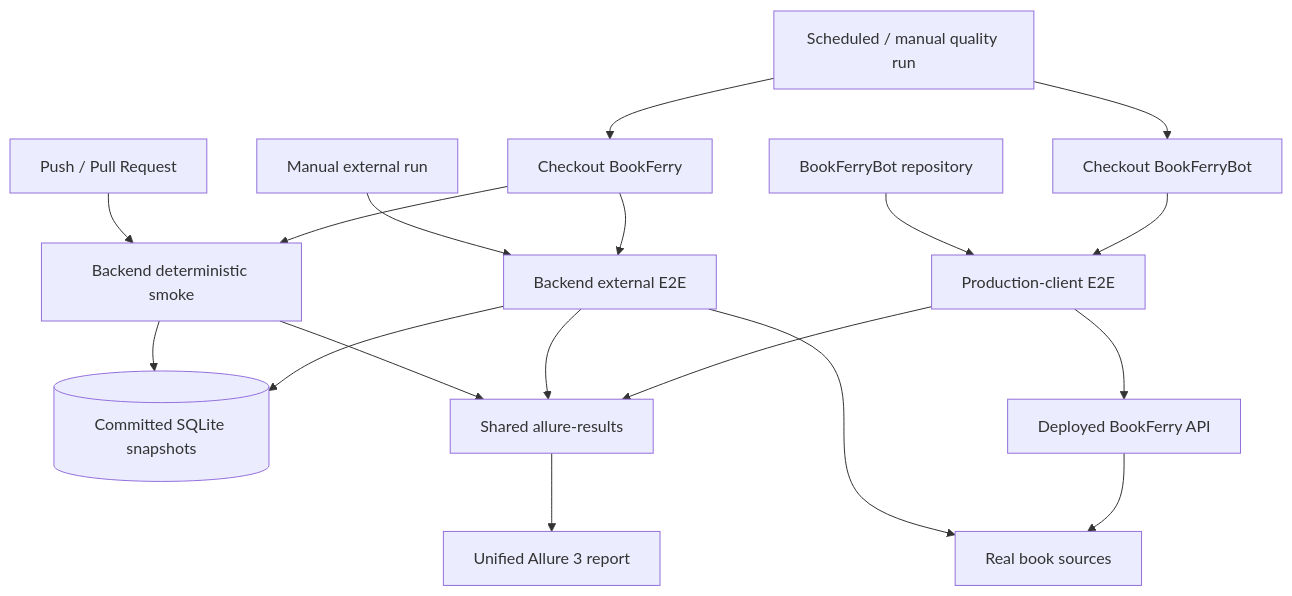
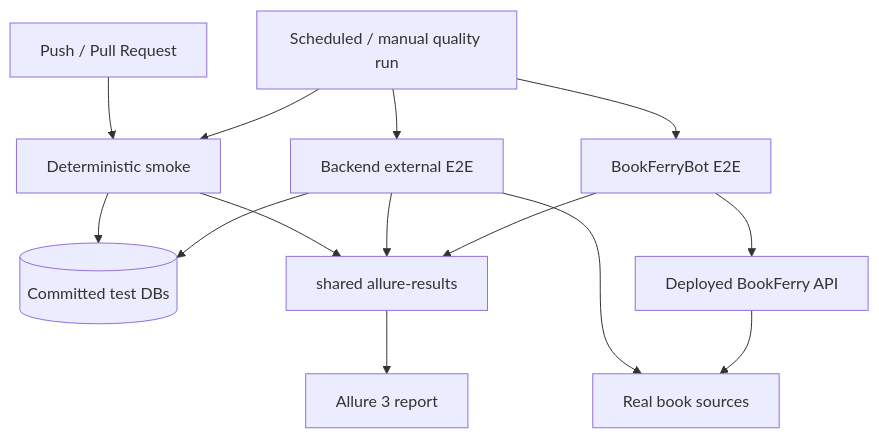
Before and after one commit to TerentievKirill/BookFerry: the diagram in tests/README_tests.md, drawn with Mermaid. The commit also changed other lines of this file, not shown here.

Commit message:
Tighten test engineering portfolio README

````diff
--- a/tests/README_tests.md
+++ b/tests/README_tests.md
@@ -187,24 +121,20 @@
 ```mermaid
 flowchart TD
-    PR[Push / Pull Request] --> SMOKE[Backend deterministic smoke]
-    SMOKE --> TESTDB[(Committed SQLite snapshots)]
+    PR[Push / Pull Request] --> SMOKE[Deterministic smoke]
+    SMOKE --> DB[(Committed test DBs)]
 
-    MANUAL[Manual external run] --> BE2E[Backend external E2E]
-    BE2E --> TESTDB
+    BE2E[Backend external E2E] --> DB
     BE2E --> SOURCES[Real book sources]
 
-    BOTREPO[BookFerryBot repository] --> BOTE2E[Production-client E2E]
-    BOTE2E --> LIVE[Deployed BookFerry API]
+    BOT[BookFerryBot E2E] --> LIVE[Deployed BookFerry API]
     LIVE --> SOURCES
 
-    QUALITY[Scheduled / manual quality run] --> BACKENDREPO[Checkout BookFerry]
-    QUALITY --> BOTCHECKOUT[Checkout BookFerryBot]
-    BACKENDREPO --> SMOKE
-    BACKENDREPO --> BE2E
-    BOTCHECKOUT --> BOTE2E
+    QUALITY[Scheduled / manual quality run] --> SMOKE
+    QUALITY --> BE2E
+    QUALITY --> BOT
 
-    SMOKE --> RESULTS[Shared allure-results]
+    SMOKE --> RESULTS[shared allure-results]
     BE2E --> RESULTS
-    BOTE2E --> RESULTS
-    RESULTS --> ALLURE[Unified Allure 3 report]
+    BOT --> RESULTS
+    RESULTS --> ALLURE[Allure 3 report]
 ```
````
